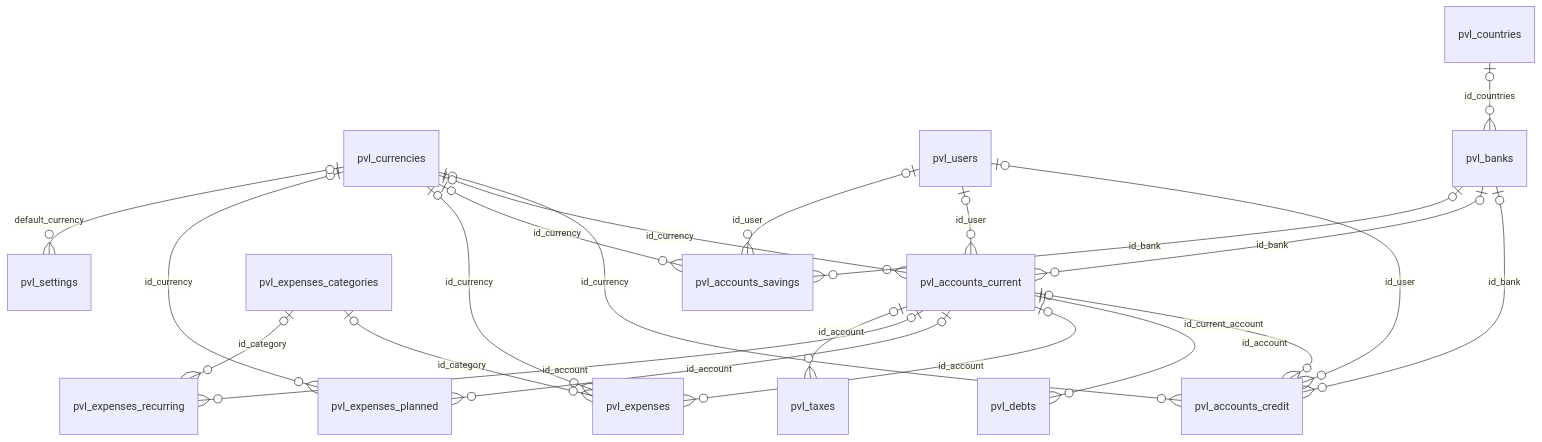
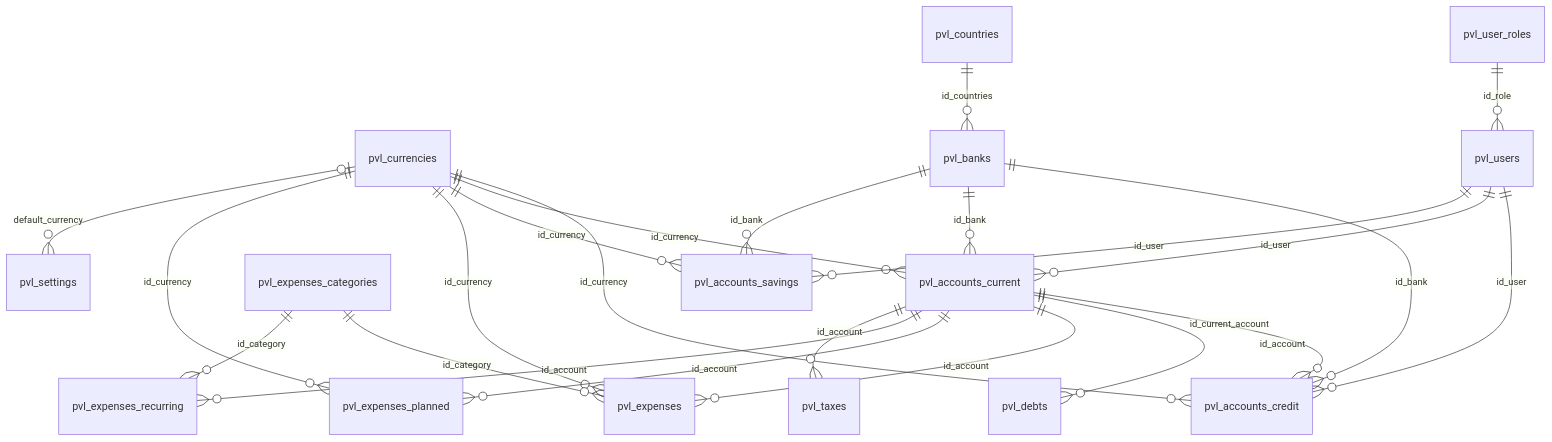
The diagram in docs/specs/pvledger_database_spec.md (pvledger/pvledger), drawn with Mermaid before and after one commit. The commit also changed other lines of this file and 4 other files, not shown here.

````diff
--- a/docs/specs/pvledger_database_spec.md
+++ b/docs/specs/pvledger_database_spec.md
@@ -33,24 +34,25 @@
 ```mermaid
 erDiagram
-    pvl_currencies o|--o{ pvl_accounts_credit : "id_currency"
-    pvl_accounts_current o|--o{ pvl_accounts_credit : "id_current_account"
-    pvl_users o|--o{ pvl_accounts_credit : "id_user"
-    pvl_banks o|--o{ pvl_accounts_credit : "id_bank"
-    pvl_currencies o|--o{ pvl_accounts_current : "id_currency"
-    pvl_users o|--o{ pvl_accounts_current : "id_user"
-    pvl_banks o|--o{ pvl_accounts_current : "id_bank"
-    pvl_currencies o|--o{ pvl_accounts_savings : "id_currency"
-    pvl_users o|--o{ pvl_accounts_savings : "id_user"
-    pvl_banks o|--o{ pvl_accounts_savings : "id_bank"
-    pvl_countries o|--o{ pvl_banks : "id_countries"
+    pvl_currencies ||--o{ pvl_accounts_credit : "id_currency"
+    pvl_accounts_current ||--o{ pvl_accounts_credit : "id_current_account"
+    pvl_users ||--o{ pvl_accounts_credit : "id_user"
+    pvl_banks ||--o{ pvl_accounts_credit : "id_bank"
+    pvl_currencies ||--o{ pvl_accounts_current : "id_currency"
+    pvl_users ||--o{ pvl_accounts_current : "id_user"
+    pvl_banks ||--o{ pvl_accounts_current : "id_bank"
+    pvl_currencies ||--o{ pvl_accounts_savings : "id_currency"
+    pvl_users ||--o{ pvl_accounts_savings : "id_user"
+    pvl_banks ||--o{ pvl_accounts_savings : "id_bank"
+    pvl_countries ||--o{ pvl_banks : "id_countries"
     pvl_accounts_current ||--o{ pvl_debts : "id_account"
-    pvl_currencies o|--o{ pvl_expenses : "id_currency"
-    pvl_expenses_categories o|--o{ pvl_expenses : "id_category"
-    pvl_accounts_current o|--o{ pvl_expenses : "id_account"
-    pvl_currencies o|--o{ pvl_expenses_planned : "id_currency"
-    pvl_accounts_current o|--o{ pvl_expenses_planned : "id_account"
-    pvl_accounts_current o|--o{ pvl_expenses_recurring : "id_account"
-    pvl_expenses_categories o|--o{ pvl_expenses_recurring : "id_category"
+    pvl_currencies ||--o{ pvl_expenses : "id_currency"
+    pvl_expenses_categories ||--o{ pvl_expenses : "id_category"
+    pvl_accounts_current ||--o{ pvl_expenses : "id_account"
+    pvl_currencies ||--o{ pvl_expenses_planned : "id_currency"
+    pvl_accounts_current ||--o{ pvl_expenses_planned : "id_account"
+    pvl_accounts_current ||--o{ pvl_expenses_recurring : "id_account"
+    pvl_expenses_categories ||--o{ pvl_expenses_recurring : "id_category"
     pvl_currencies o|--o{ pvl_settings : "default_currency"
-    pvl_accounts_current o|--o{ pvl_taxes : "id_account"
+    pvl_accounts_current ||--o{ pvl_taxes : "id_account"
+    pvl_user_roles ||--o{ pvl_users : "id_role"
 ```
````
